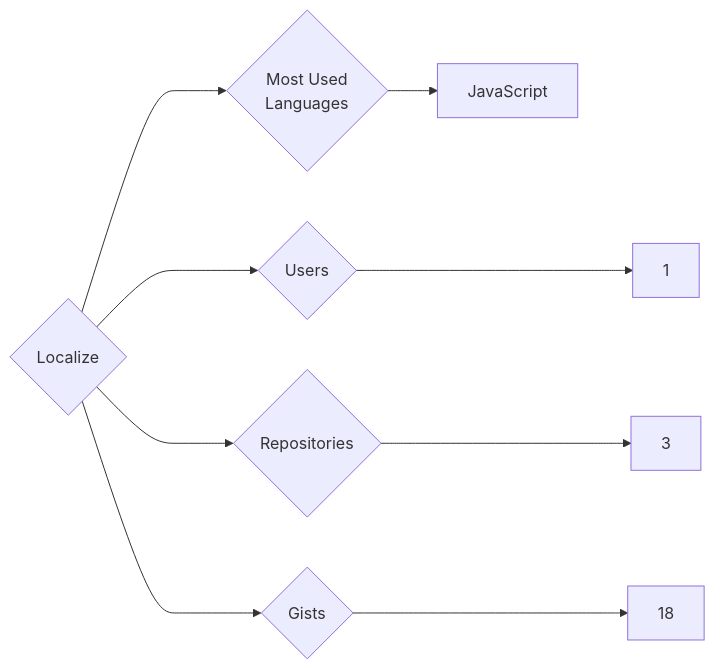
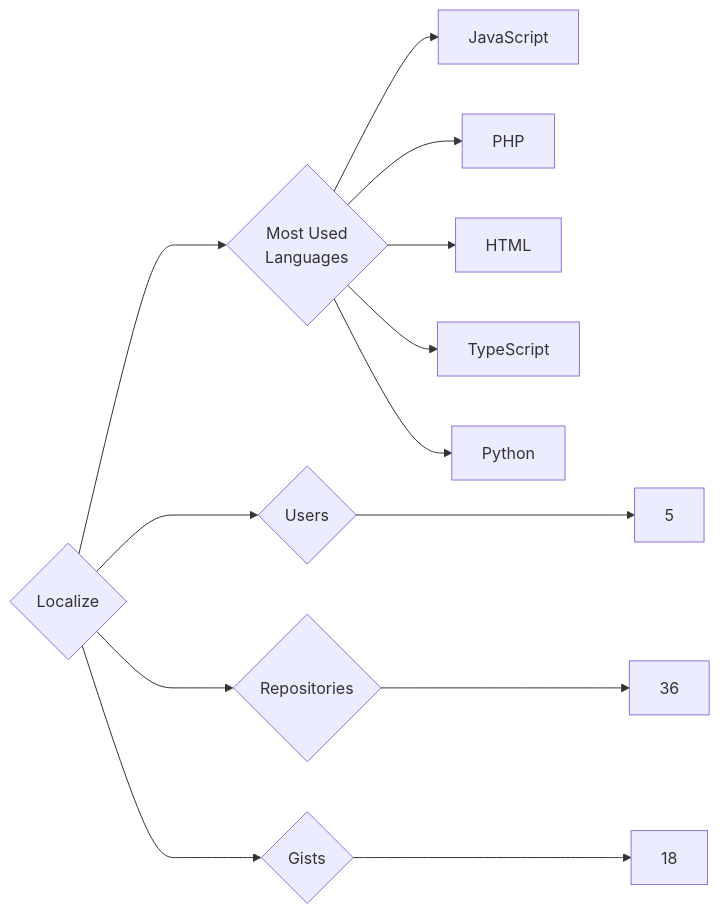
The diagram in targets/Localize/README.md (trickest/insiders), drawn with Mermaid before and after one commit. The commit also changed 815 other files, not shown here.

````diff
--- a/targets/Localize/README.md
+++ b/targets/Localize/README.md
@@ -3,9 +3,13 @@
 ```mermaid
 graph LR
 COMPANY_NAME{Localize}
-COMPANY_NAME ---> U{Users} ---> UN[1]
-COMPANY_NAME ---> R{Repositories} ---> RN[3]
+COMPANY_NAME ---> U{Users} ---> UN[5]
+COMPANY_NAME ---> R{Repositories} ---> RN[36]
 COMPANY_NAME ---> G{Gists} ---> GN[18]
 COMPANY_NAME ---> ML{Most Used<br>Languages}
 ML --> JavaScript[JavaScript]
+ML --> PHP[PHP]
+ML --> HTML[HTML]
+ML --> TypeScript[TypeScript]
+ML --> Python[Python]
 ```
````
